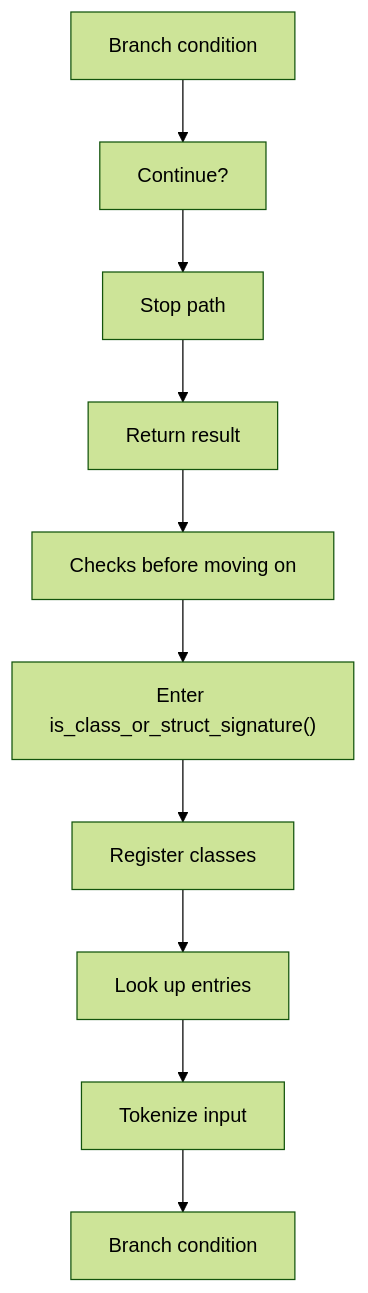
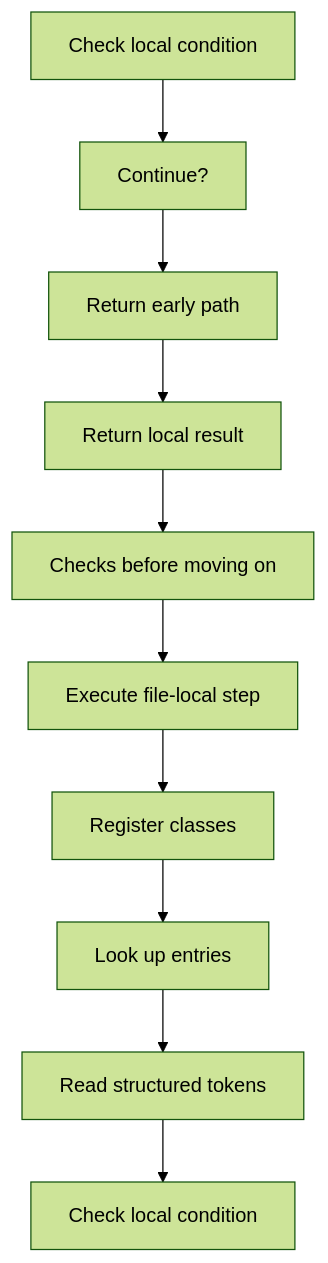
The second of 5 diagrams in docs/Codebase/Microservice/Modules/Source/Trees/ClassGeneration/Actual/Internal/Statement/Flow/statement_program_flow.cpp.md (JohnAndrewBalbarosa/NeoTerritory), drawn with Mermaid (forest theme) before and after one commit. The commit also changed other lines of this file and 915 other files, not shown here.

````diff
--- a/docs/Codebase/Microservice/Modules/Source/Trees/ClassGeneration/Actual/Internal/Statement/Flow/statement_program_flow.cpp.md
+++ b/docs/Codebase/Microservice/Modules/Source/Trees/ClassGeneration/Actual/Internal/Statement/Flow/statement_program_flow.cpp.md
@@ -41,22 +41,22 @@
 ```mermaid
 flowchart TD
-    N0["Branch condition"]
+    N0["Check local condition"]
     N1["Continue?"]
-    N2["Stop path"]
-    N3["Return result"]
+    N2["Return early path"]
+    N3["Return local result"]
     N4["Checks before moving on"]
-    N5["Enter is_class_or_struct_signature()"]
+    N5["Execute file-local step"]
     N6["Register classes"]
     N7["Look up entries"]
-    N8["Tokenize input"]
-    N9["Branch condition"]
+    N8["Read structured tokens"]
+    N9["Check local condition"]
     N0 --> N1
     N1 --> N2
     N2 --> N3
     N3 --> N4
     N4 --> N5
     N5 --> N6
     N6 --> N7
     N7 --> N8
     N8 --> N9
 ```
````
